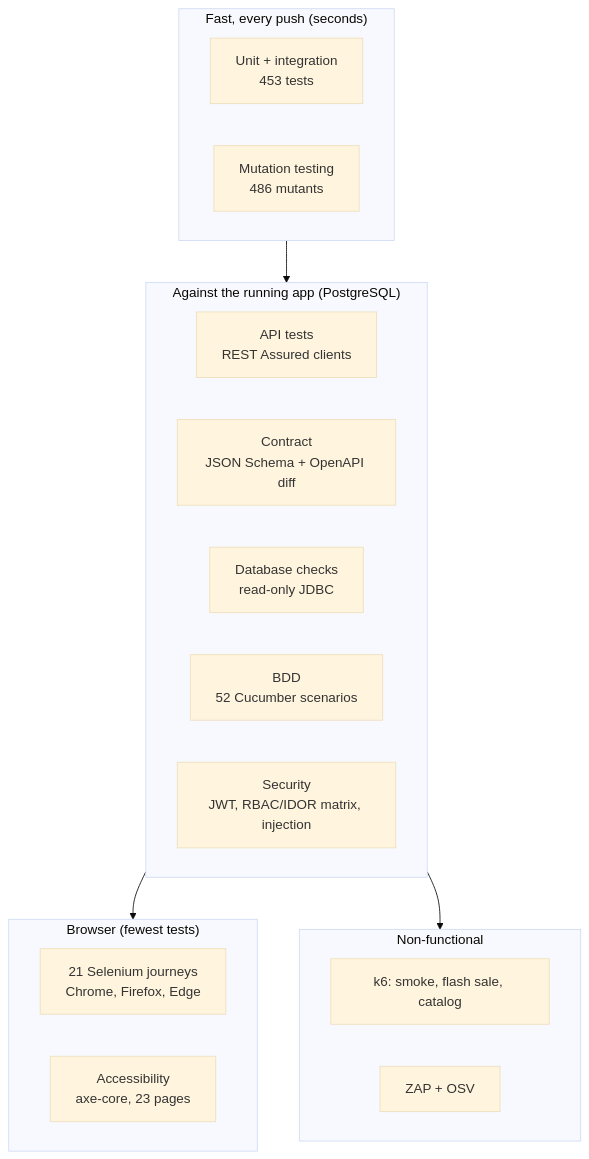
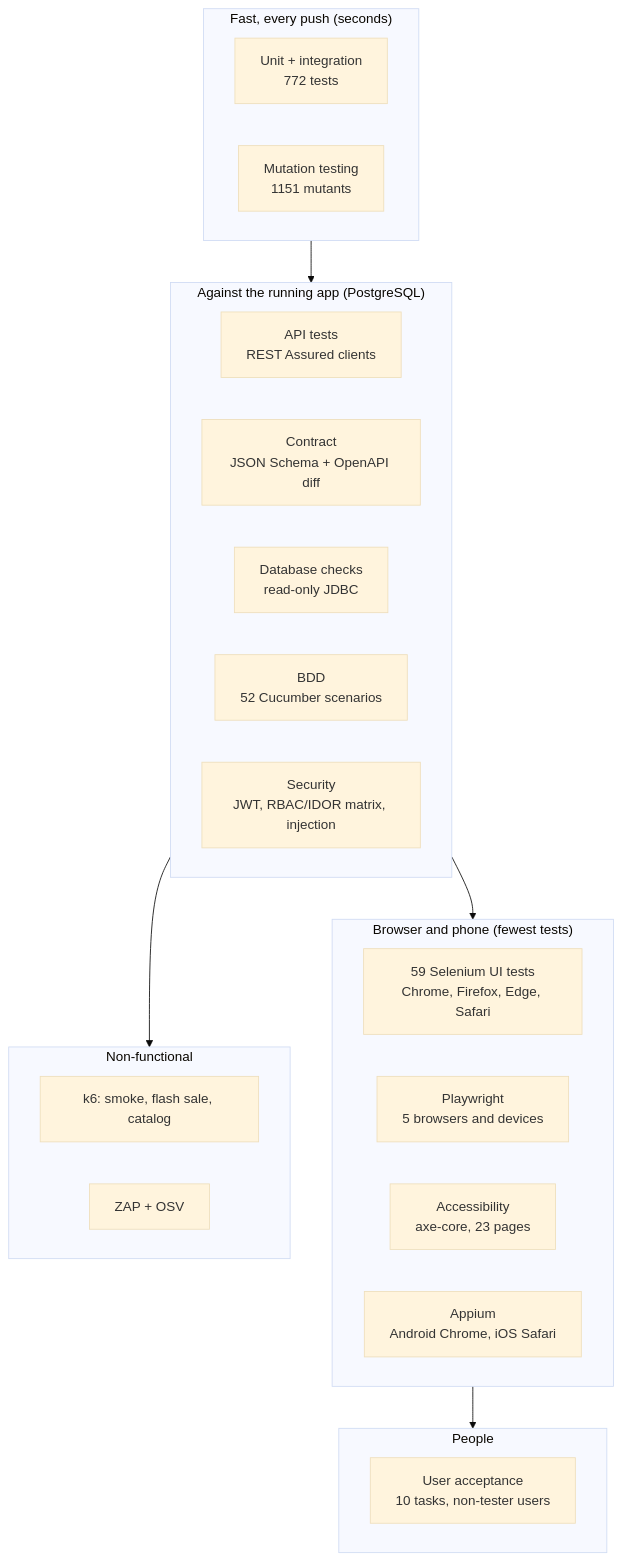
The third of 4 diagrams in README.md (rbchy/RbcTcsWorld), drawn with Mermaid (base theme) before and after one commit. The commit also changed other lines of this file, not shown here.

Commit message:
README: UAT plan link, test architecture diagram with current numbers and the acceptance level
Claude-Session: https://claude.ai/code/session_01Qs2216bJeCydYm8wNkm2Yv

````diff
--- a/README.md
+++ b/README.md
@@ -136,24 +137,29 @@
 ```mermaid
 flowchart TB
   subgraph fast["Fast, every push (seconds)"]
-    U["Unit + integration<br/>453 tests"]
-    M["Mutation testing<br/>486 mutants"]
+    U["Unit + integration<br/>772 tests"]
+    M["Mutation testing<br/>1151 mutants"]
   end
   subgraph service["Against the running app (PostgreSQL)"]
     A["API tests<br/>REST Assured clients"]
     C["Contract<br/>JSON Schema + OpenAPI diff"]
     D["Database checks<br/>read-only JDBC"]
     B["BDD<br/>52 Cucumber scenarios"]
     S["Security<br/>JWT, RBAC/IDOR matrix, injection"]
   end
-  subgraph ui["Browser (fewest tests)"]
-    W["21 Selenium journeys<br/>Chrome, Firefox, Edge"]
+  subgraph ui["Browser and phone (fewest tests)"]
+    W["59 Selenium UI tests<br/>Chrome, Firefox, Edge, Safari"]
+    P["Playwright<br/>5 browsers and devices"]
     X["Accessibility<br/>axe-core, 23 pages"]
+    R["Appium<br/>Android Chrome, iOS Safari"]
   end
   subgraph nonfunc["Non-functional"]
     K["k6: smoke, flash sale, catalog"]
     Z["ZAP + OSV"]
   end
-  fast --> service --> ui
+  subgraph people["People"]
+    UAT["User acceptance<br/>10 tasks, non-tester users"]
+  end
+  fast --> service --> ui --> people
   service --> nonfunc
 ```
````
